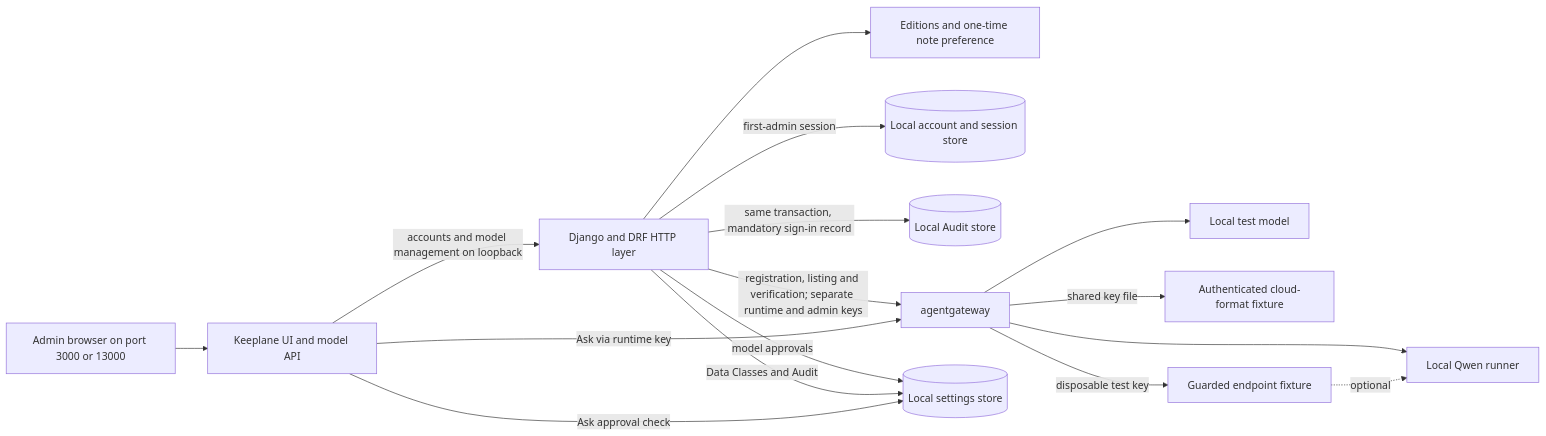
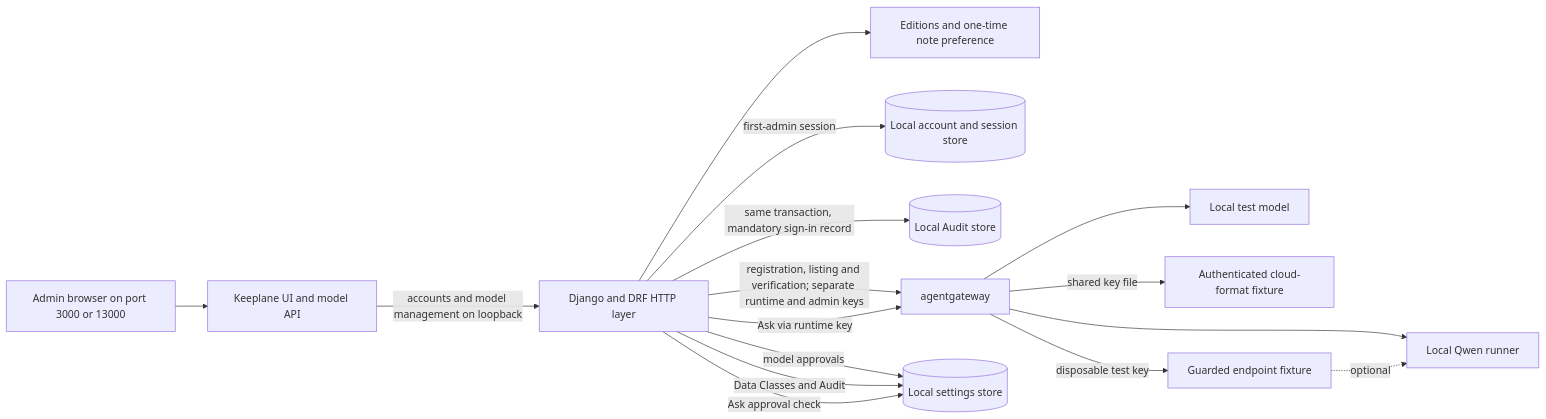
Before and after one commit to OsamaFelFel/keeplane: the diagram in docs/architecture/local-preview.md, drawn with Mermaid. The commit also changed other lines of this file and 8 other files, not shown here.

````diff
--- a/docs/architecture/local-preview.md
+++ b/docs/architecture/local-preview.md
@@ -7,18 +7,18 @@
 ```mermaid
 flowchart LR
   Browser[Admin browser on port 3000 or 13000] --> App[Keeplane UI and model API]
   App -->|accounts and model management on loopback| Django[Django and DRF HTTP layer]
   Django --> Editions[Editions and one-time note preference]
   Django -->|first-admin session| Accounts[(Local account and session store)]
   Django -->|same transaction, mandatory sign-in record| Audit[(Local Audit store)]
   Django -->|registration, listing and verification; separate runtime and admin keys| Gateway[agentgateway]
   Django -->|model approvals| Settings[(Local settings store)]
   Django -->|Data Classes and Audit| Settings
-  App -->|Ask approval check| Settings
-  App -->|Ask via runtime key| Gateway
+  Django -->|Ask approval check| Settings
+  Django -->|Ask via runtime key| Gateway
   Gateway --> Fixture[Local test model]
   Gateway --> Qwen[Local Qwen runner]
   Gateway -->|shared key file| Cloud[Authenticated cloud-format fixture]
   Gateway -->|disposable test key| Guarded[Guarded endpoint fixture]
   Guarded -. optional .-> Qwen
 ```
````
